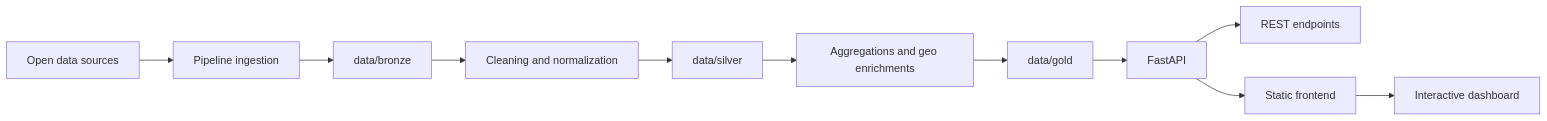
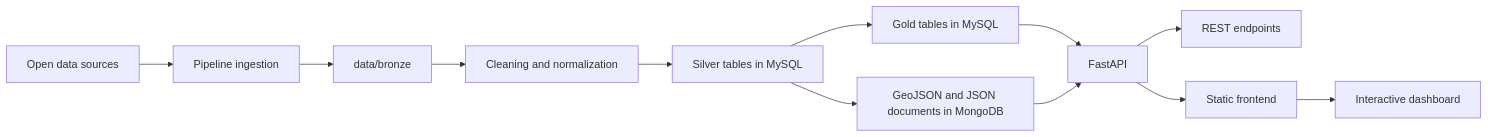
The first of 3 diagrams in docs/architecture.md (ilya32e/UrbanDataExplorer), drawn with Mermaid before and after one commit. The commit also changed other lines of this file and 20 other files, not shown here.

````diff
--- a/docs/architecture.md
+++ b/docs/architecture.md
@@ -16,13 +16,14 @@
 ```mermaid
 flowchart LR
     A[Open data sources] --> B[Pipeline ingestion]
     B --> C[data/bronze]
     C --> D[Cleaning and normalization]
-    D --> E[data/silver]
-    E --> F[Aggregations and geo enrichments]
-    F --> G[data/gold]
+    D --> E[Silver tables in MySQL]
+    E --> F[Gold tables in MySQL]
+    E --> G[GeoJSON and JSON documents in MongoDB]
+    F --> H[FastAPI]
     G --> H[FastAPI]
     H --> I[REST endpoints]
     H --> J[Static frontend]
     J --> K[Interactive dashboard]
 ```
````
